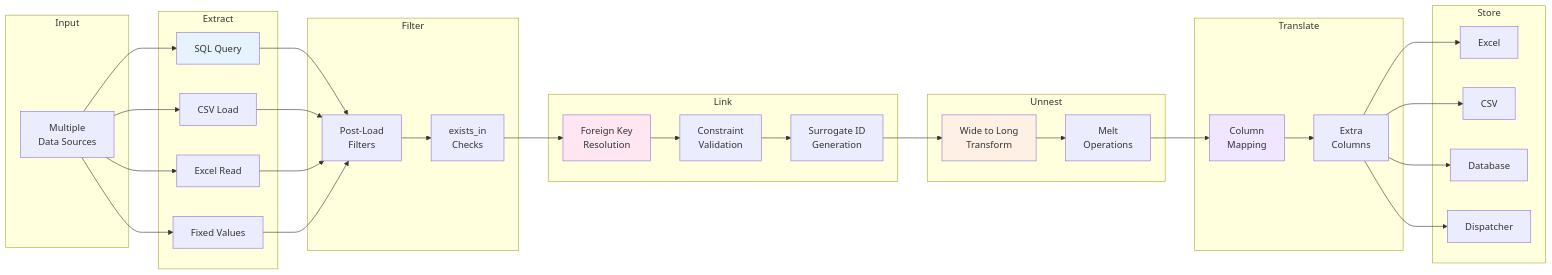
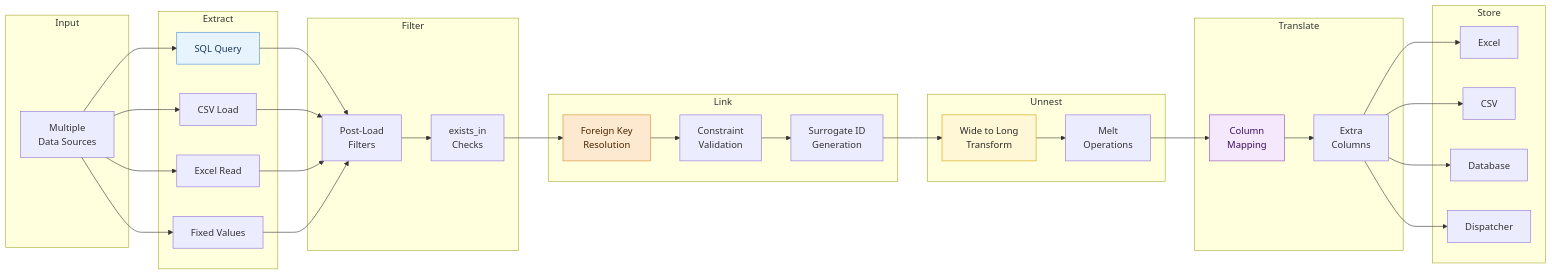
One commit to humlab-sead/sead_shape_shifter changed the sixth of 26 diagrams in docs/DIAGRAMS.md. Above: the diagram before and after it, drawn with Mermaid. The commit also changed other lines of this file and 2 other files, not shown here.

````diff
--- a/docs/DIAGRAMS.md
+++ b/docs/DIAGRAMS.md
@@ -293,62 +285,67 @@
 ```mermaid
 flowchart LR
     subgraph "Input"
         I1[Multiple<br/>Data Sources]
     end
     
     subgraph "Extract"
         E1[SQL Query]
         E2[CSV Load]
         E3[Excel Read]
         E4[Fixed Values]
     end
     
     subgraph "Filter"
         F1[Post-Load<br/>Filters]
         F2[exists_in<br/>Checks]
     end
     
     subgraph "Link"
         L1[Foreign Key<br/>Resolution]
         L2[Constraint<br/>Validation]
         L3[Surrogate ID<br/>Generation]
     end
     
     subgraph "Unnest"
         U1[Wide to Long<br/>Transform]
         U2[Melt<br/>Operations]
     end
     
     subgraph "Translate"
         TR1[Column<br/>Mapping]
         TR2[Extra<br/>Columns]
     end
     
     subgraph "Store"
         S1[Excel]
         S2[CSV]
         S3[Database]
         S4[Dispatcher]
     end
     
     I1 --> E1 & E2 & E3 & E4
     E1 --> F1
     E2 --> F1
     E3 --> F1
     E4 --> F1
     
     F1 --> F2
     F2 --> L1
     L1 --> L2
     L2 --> L3
     L3 --> U1
     U1 --> U2
     U2 --> TR1
     TR1 --> TR2
     TR2 --> S1 & S2 & S3 & S4
-    
-    style E1 fill:#e6f3ff
-    style L1 fill:#ffe6f0
-    style U1 fill:#fff0e6
-    style TR1 fill:#f0e6ff
+
+    classDef extract fill:#e8f4fd,stroke:#4a90d9,color:#1a3a5c;
+    classDef link fill:#fde8d0,stroke:#d48a2a,color:#4a2800;
+    classDef unnest fill:#fff7d6,stroke:#d6a300,color:#2b2b2b;
+    classDef translate fill:#f5e8fd,stroke:#8a4ab0,color:#3a1060;
+
+    class E1 extract;
+    class L1 link;
+    class U1 unnest;
+    class TR1 translate;
 ```
````
